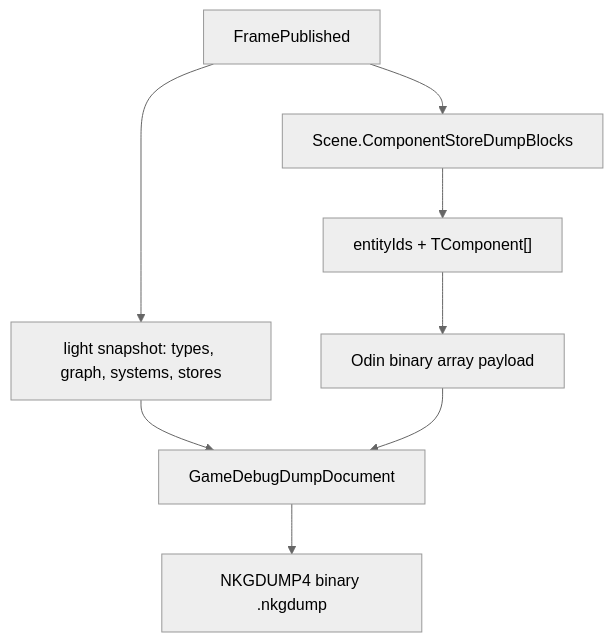
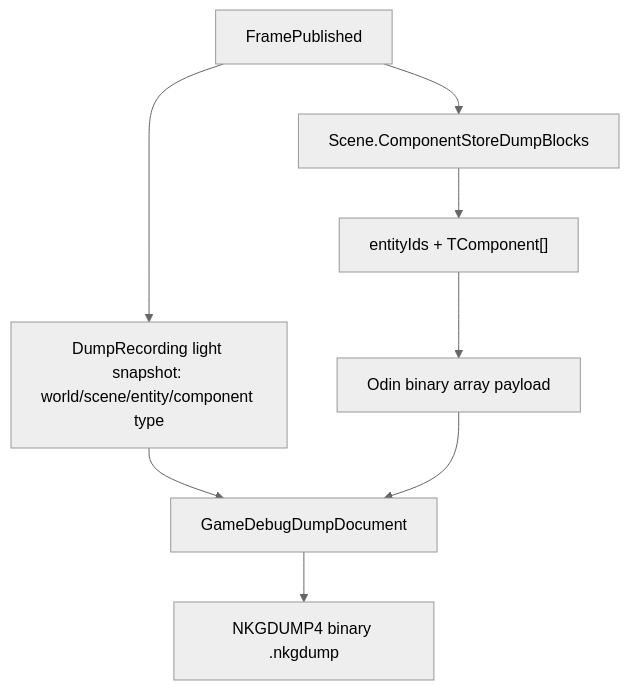
Before and after one commit to wqaetly/NKGGameFramework: the first of 2 diagrams in docs/debug-dump-implementation-plan.md, drawn with Mermaid (neutral theme). The commit also changed other lines of this file and 26 other files, not shown here.

````diff
--- a/docs/debug-dump-implementation-plan.md
+++ b/docs/debug-dump-implementation-plan.md
@@ -29,10 +29,10 @@
 ```mermaid
 flowchart TD
-    Frame["FramePublished"] --> Light["light snapshot: types, graph, systems, stores"]
+    Frame["FramePublished"] --> Light["DumpRecording light snapshot: world/scene/entity/component type"]
     Frame --> Stores["Scene.ComponentStoreDumpBlocks"]
     Stores --> Block["entityIds + TComponent[]"]
     Block --> Odin["Odin binary array payload"]
     Light --> Dump["GameDebugDumpDocument"]
     Odin --> Dump
     Dump --> File["NKGDUMP4 binary .nkgdump"]
 ```
````
